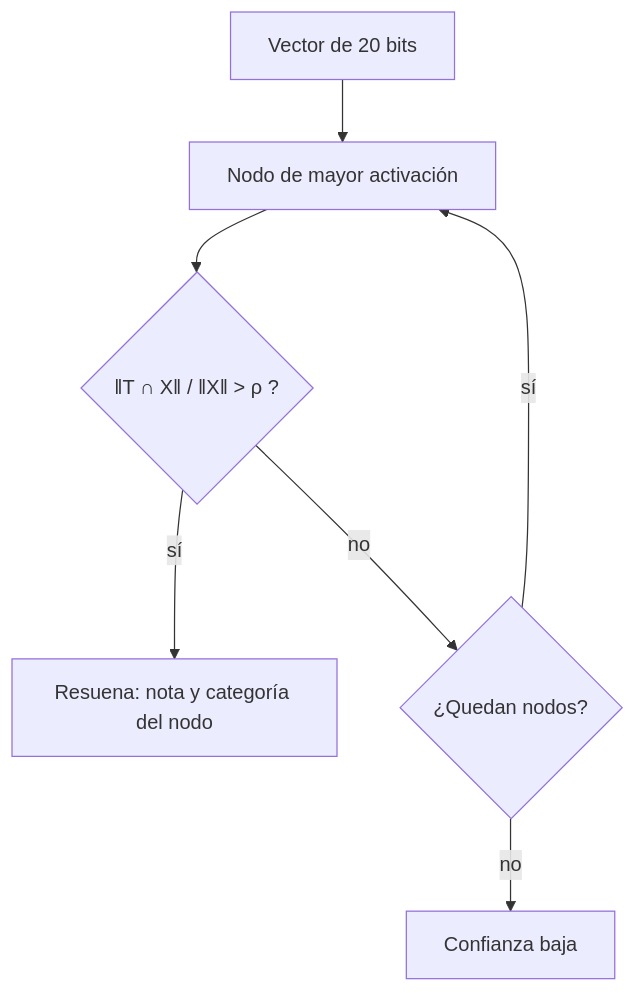
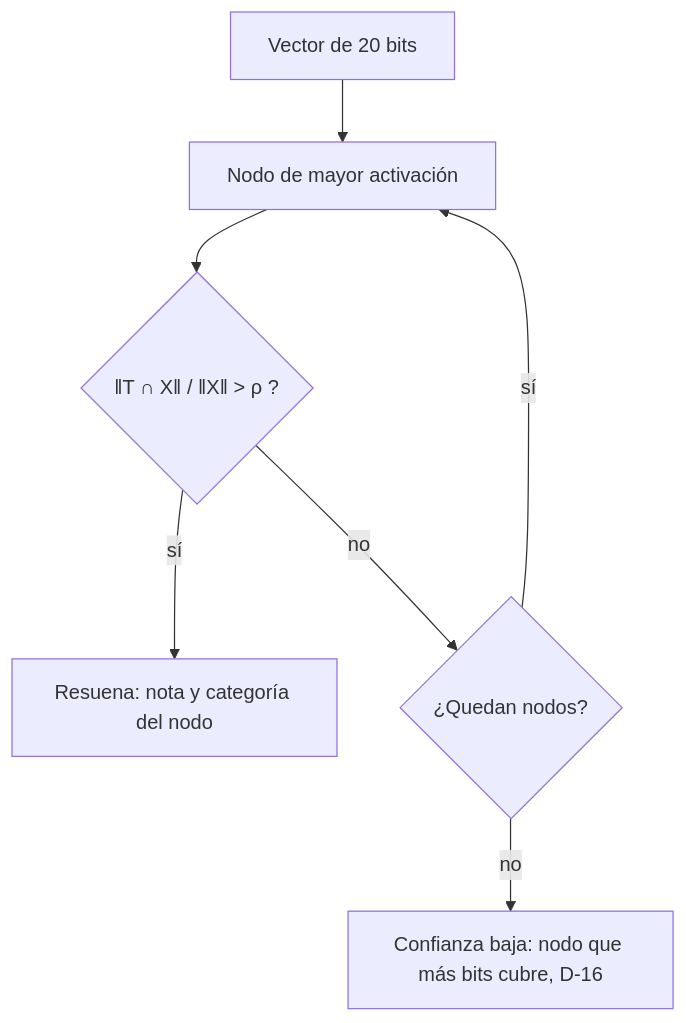
One commit to juan-mrtn/tfi-ia-prediccion-examenes changed the second of 2 diagrams in README.md. Above: the diagram before and after it, drawn with Mermaid. The commit also changed other lines of this file and 39 other files, not shown here.

````diff
--- a/README.md
+++ b/README.md
@@ -55,9 +60,9 @@
 ```mermaid
 flowchart TD
     X[Vector de 20 bits] --> N[Nodo de mayor activación]
     N --> V{"‖T ∩ X‖ / ‖X‖ > ρ ?"}
     V -- sí --> R[Resuena: nota y categoría del nodo]
     V -- no --> S{¿Quedan nodos?}
     S -- sí --> N
-    S -- no --> L[Confianza baja]
+    S -- no --> L[Confianza baja: nodo que más bits cubre, D-16]
 ```
````
